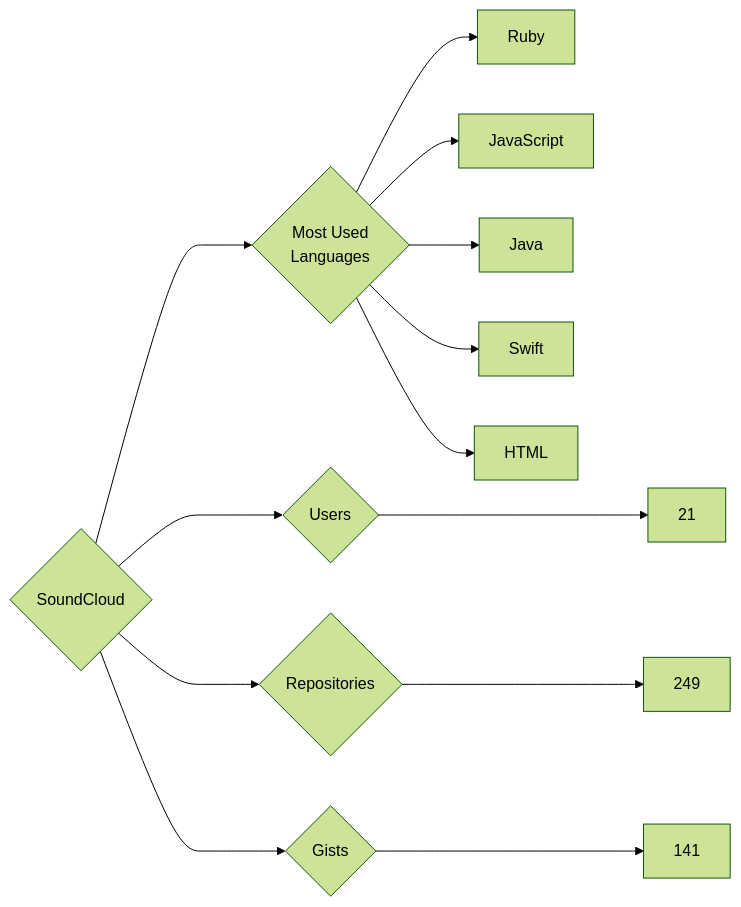
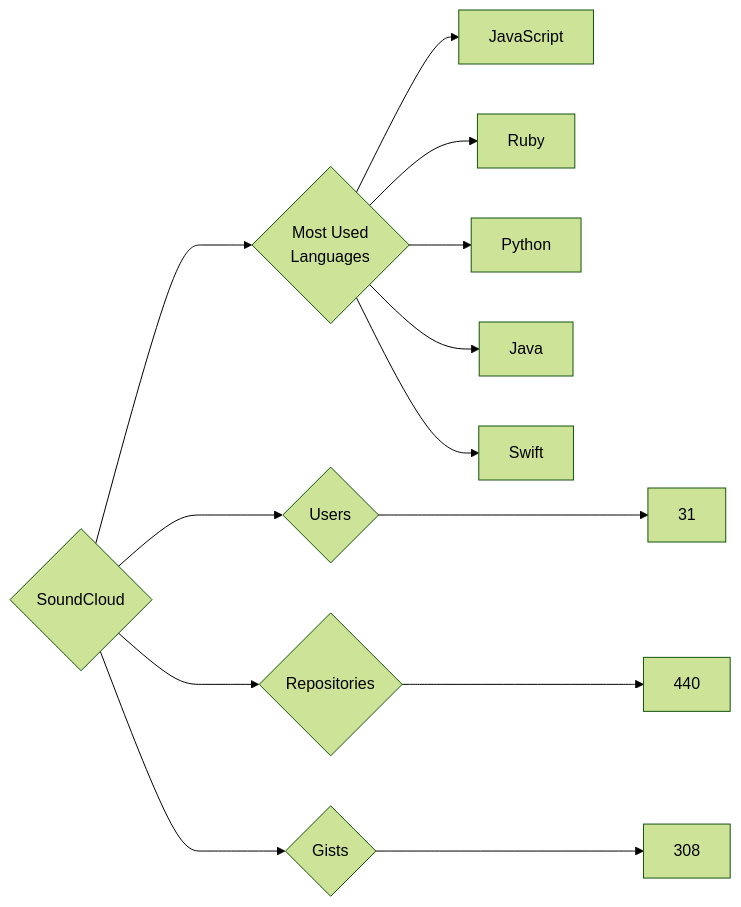
The diagram in targets/SoundCloud/README.md (trickest/insiders), drawn with Mermaid (forest theme) before and after one commit. The commit also changed 860 other files, not shown here.

````diff
--- a/targets/SoundCloud/README.md
+++ b/targets/SoundCloud/README.md
@@ -3,13 +3,13 @@
 ```mermaid
 graph LR
 COMPANY_NAME{SoundCloud}
-COMPANY_NAME ---> U{Users} ---> UN[21]
-COMPANY_NAME ---> R{Repositories} ---> RN[249]
-COMPANY_NAME ---> G{Gists} ---> GN[141]
+COMPANY_NAME ---> U{Users} ---> UN[31]
+COMPANY_NAME ---> R{Repositories} ---> RN[440]
+COMPANY_NAME ---> G{Gists} ---> GN[308]
 COMPANY_NAME ---> ML{Most Used<br>Languages}
+ML --> JavaScript[JavaScript]
 ML --> Ruby[Ruby]
-ML --> JavaScript[JavaScript]
+ML --> Python[Python]
 ML --> Java[Java]
 ML --> Swift[Swift]
-ML --> HTML[HTML]
 ```
````
